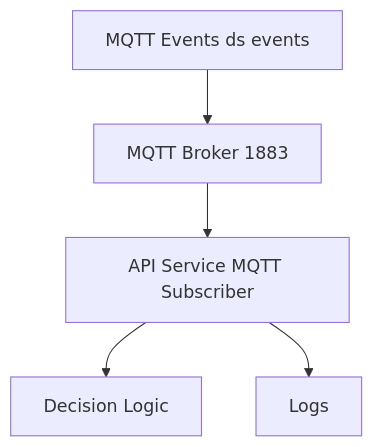
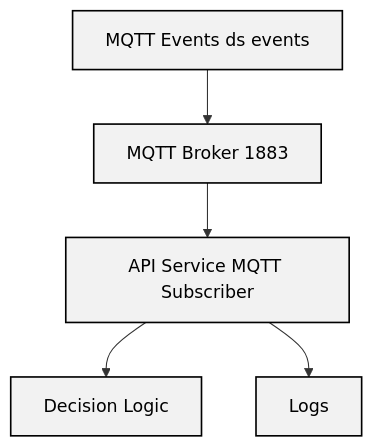
Before and after one commit to hbo-bomb/Project-Nilbye: the third of 4 diagrams in Project Documentation/architecture.md, drawn with Mermaid. The commit also changed other lines of this file, not shown here.

````diff
--- a/Project Documentation/architecture.md
+++ b/Project Documentation/architecture.md
@@ -71,12 +76,16 @@
 ```mermaid
 flowchart TB
+
+  classDef backend fill:#f2f2f2,stroke:#000000,stroke-width:1.5px,color:#000000;
 
   META[MQTT Events ds events]
   BRK[MQTT Broker 1883]
   API[API Service MQTT Subscriber]
   CTRL[Decision Logic]
   LOG[Logs]
 
   META --> BRK --> API --> CTRL
   API --> LOG
+
+  class META,BRK,API,CTRL,LOG backend
 ```
````
